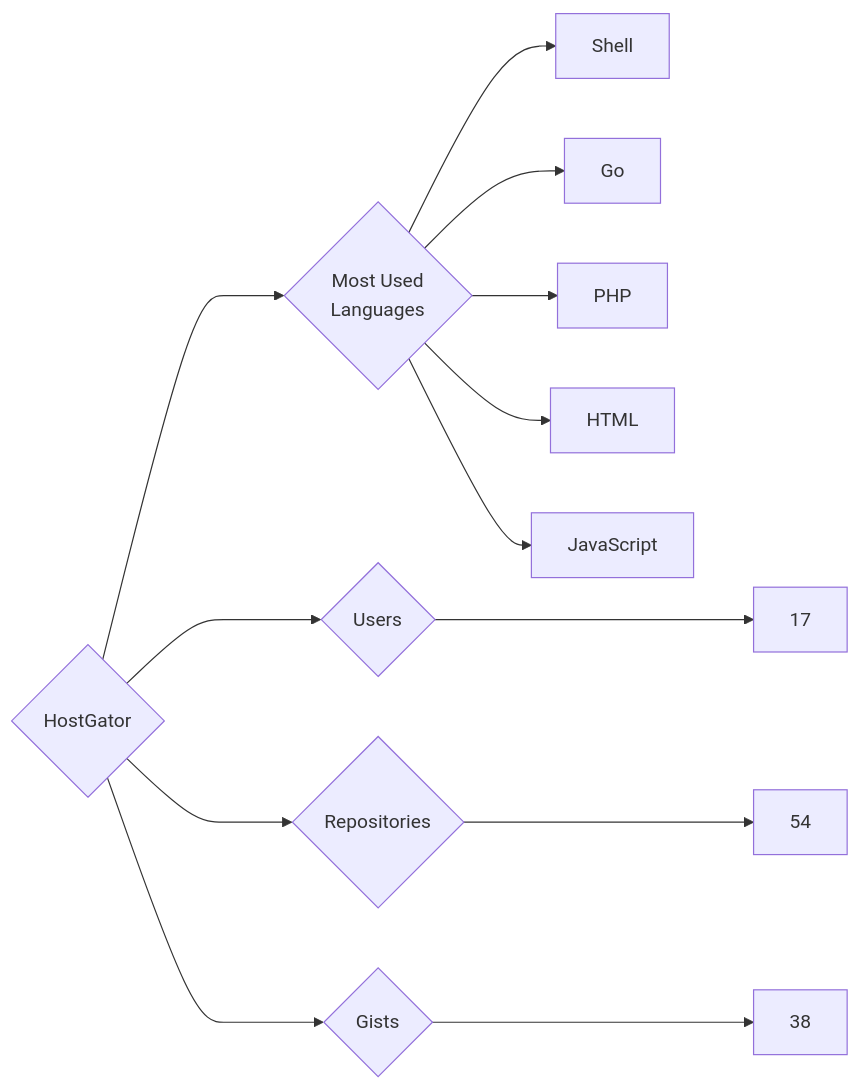
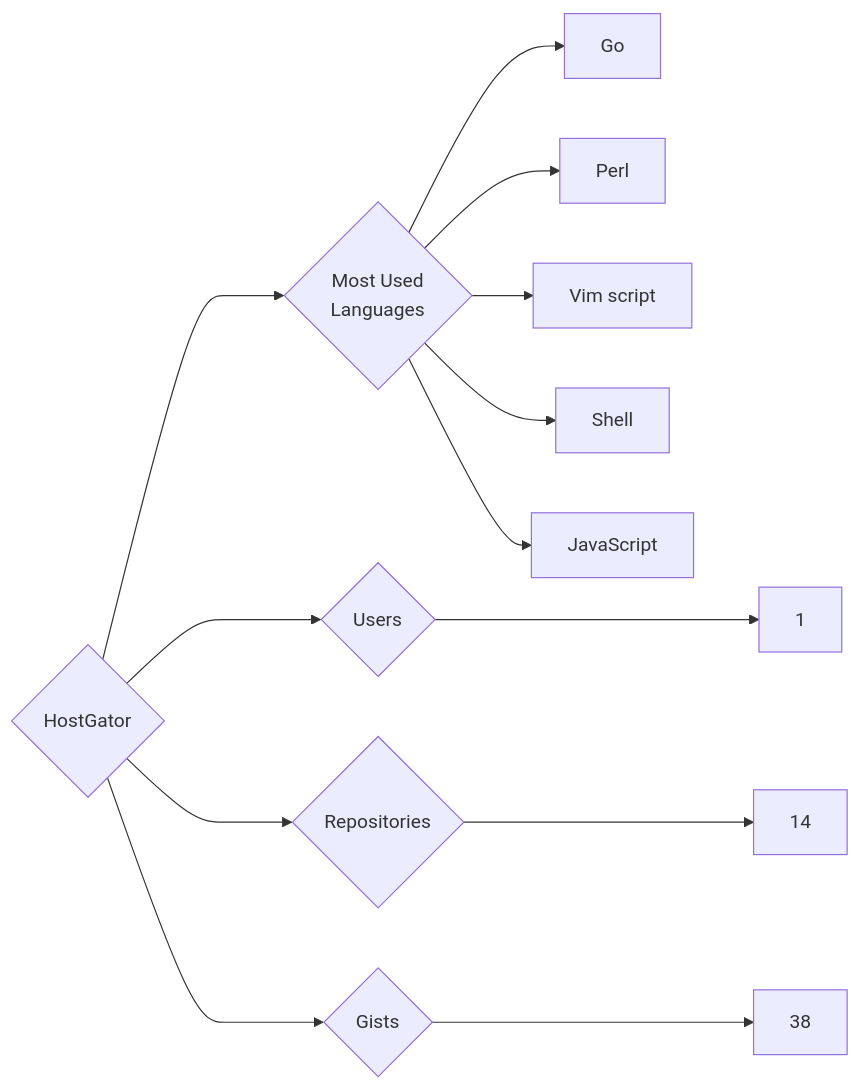
One commit to trickest/insiders changed the diagram in targets/HostGator/README.md. Above: the diagram before and after it, drawn with Mermaid. The commit also changed 782 other files, not shown here.

````diff
--- a/targets/HostGator/README.md
+++ b/targets/HostGator/README.md
@@ -3,13 +3,13 @@
 ```mermaid
 graph LR
 COMPANY_NAME{HostGator}
-COMPANY_NAME ---> U{Users} ---> UN[17]
-COMPANY_NAME ---> R{Repositories} ---> RN[54]
+COMPANY_NAME ---> U{Users} ---> UN[1]
+COMPANY_NAME ---> R{Repositories} ---> RN[14]
 COMPANY_NAME ---> G{Gists} ---> GN[38]
 COMPANY_NAME ---> ML{Most Used<br>Languages}
+ML --> Go[Go]
+ML --> Perl[Perl]
+ML --> Vim_script[Vim script]
 ML --> Shell[Shell]
-ML --> Go[Go]
-ML --> PHP[PHP]
-ML --> HTML[HTML]
 ML --> JavaScript[JavaScript]
 ```
````
